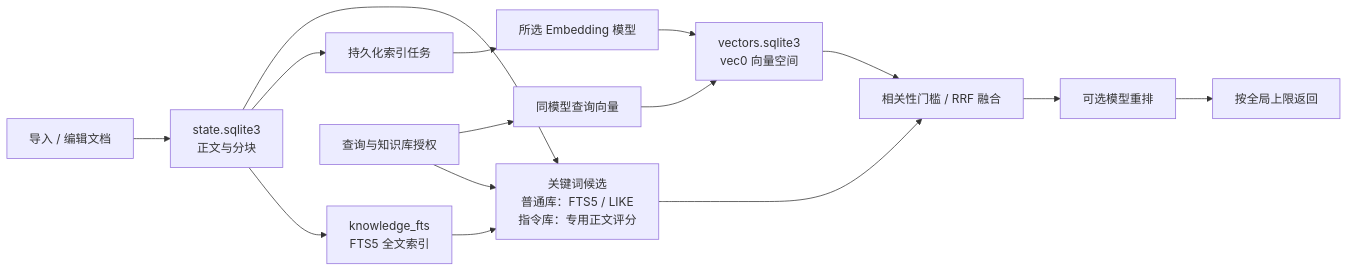
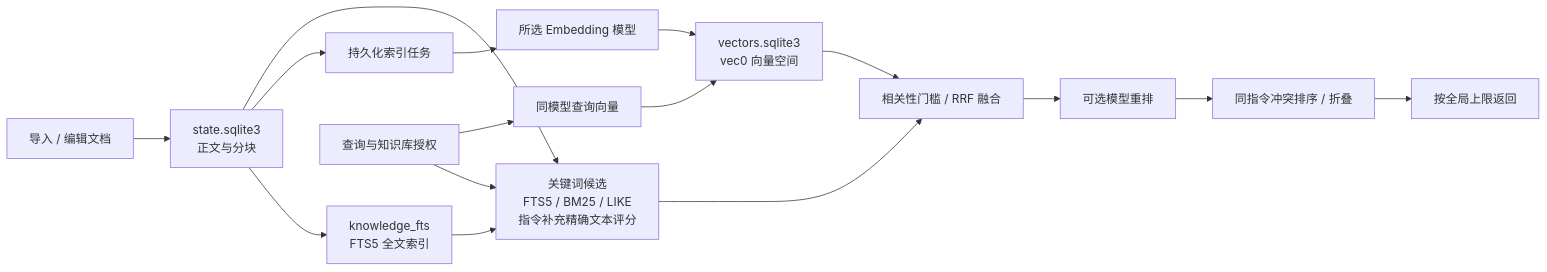
The diagram in docs/command-knowledge.md (127Wzc/yui-chat), drawn with Mermaid before and after one commit. The commit also changed other lines of this file and 61 other files, not shown here.

````diff
--- a/docs/command-knowledge.md
+++ b/docs/command-knowledge.md
@@ -24,17 +24,18 @@
 ```mermaid
 flowchart LR
     Import["导入 / 编辑文档"] --> State["state.sqlite3<br/>正文与分块"]
     State --> FTS["knowledge_fts<br/>FTS5 全文索引"]
     State --> Jobs["持久化索引任务"]
     Jobs --> Embed["所选 Embedding 模型"]
     Embed --> Vec["vectors.sqlite3<br/>vec0 向量空间"]
-    Query["查询与知识库授权"] --> Lexical["关键词候选<br/>普通库：FTS5 / LIKE<br/>指令库：专用正文评分"]
+    Query["查询与知识库授权"] --> Lexical["关键词候选<br/>FTS5 / BM25 / LIKE<br/>指令补充精确文本评分"]
     FTS --> Lexical
     State --> Lexical
     Query --> QueryEmbed["同模型查询向量"]
     QueryEmbed --> Vec
     Lexical --> Fusion["相关性门槛 / RRF 融合"]
     Vec --> Fusion
     Fusion --> Rerank["可选模型重排"]
-    Rerank --> Result["按全局上限返回"]
+    Rerank --> Conflict["同指令冲突排序 / 折叠"]
+    Conflict --> Result["按全局上限返回"]
 ```
````
